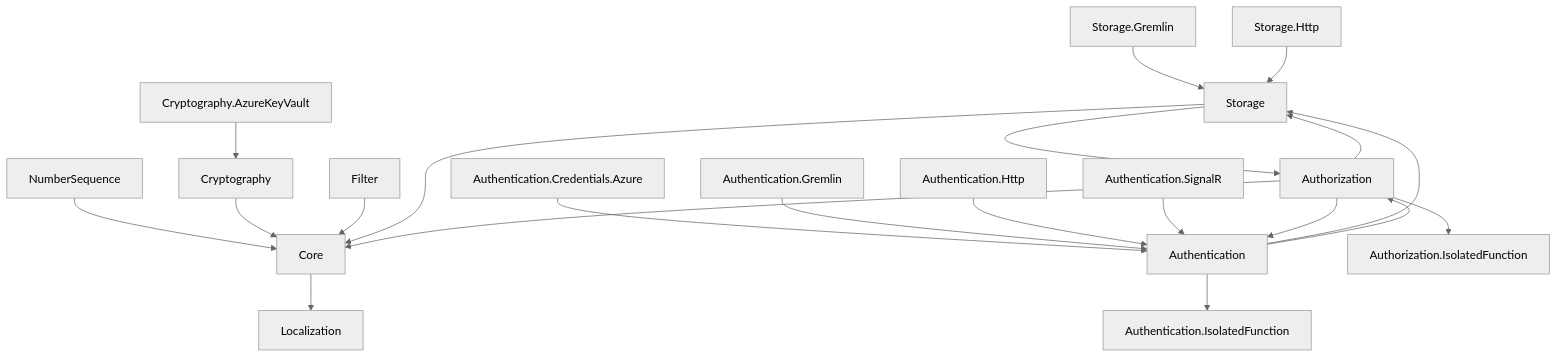
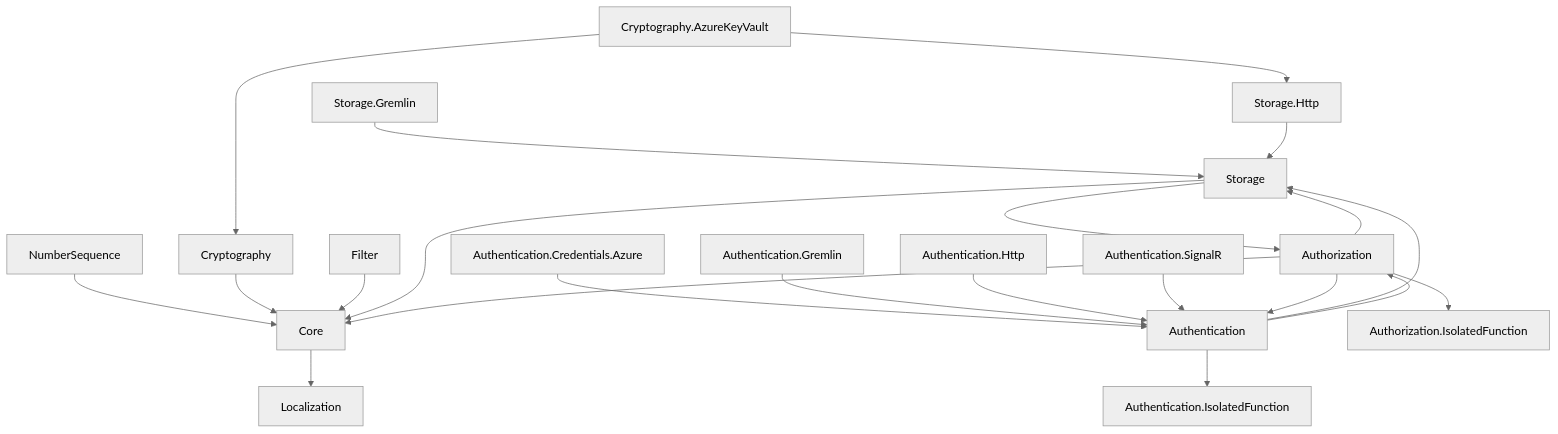
Before and after one commit to sidubsolutions/Sidub.Platform: the diagram in README.md, drawn with Mermaid (neutral theme).

````diff
--- a/README.md
+++ b/README.md
@@ -133,27 +133,28 @@
 ```mermaid
 graph TD;
     Core --> Localization
     NumberSequence --> Core
     Cryptography --> Core
     Cryptography.AzureKeyVault --> Cryptography
+    Cryptography.AzureKeyVault --> Storage.Http
     Filter --> Core
     Storage --> Core
     Authorization --> Core
     
     Authentication --> Storage
     Authentication.Credentials.Azure --> Authentication
     Authentication.Gremlin --> Authentication
     Authentication.Http --> Authentication
     Authentication.SignalR --> Authentication
     
     Storage.Gremlin --> Storage
     Storage.Http --> Storage
     
     Authentication --> Authentication.IsolatedFunction
     Authorization --> Authorization.IsolatedFunction
     
     Storage --> Authorization
     Authorization --> Storage
     Authentication --> Authorization
     Authorization --> Authentication
 ```
````
